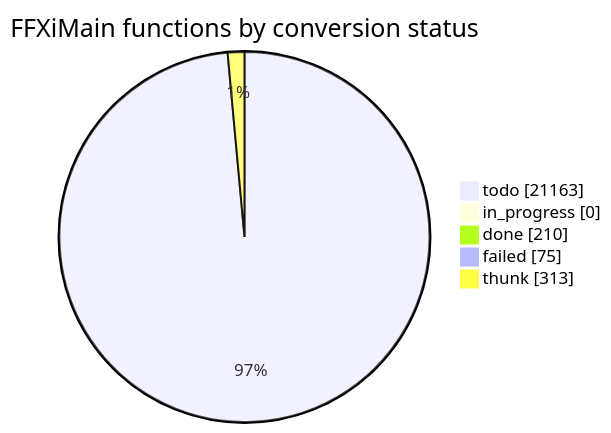
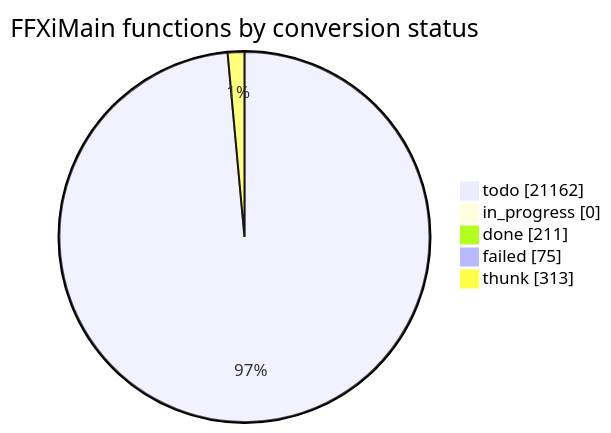
Before and after one commit to cowrevenge/cow_kuluu_xi_anything: the diagram in docs/cow/STATUS.md, drawn with Mermaid. The commit also changed other lines of this file and 9 other files, not shown here.

````diff
--- a/docs/cow/STATUS.md
+++ b/docs/cow/STATUS.md
@@ -18,9 +18,9 @@
 ```mermaid
 pie showData
     title FFXiMain functions by conversion status
-    "todo" : 21163
+    "todo" : 21162
     "in_progress" : 0
-    "done" : 210
+    "done" : 211
     "failed" : 75
     "thunk" : 313
 ```
````
